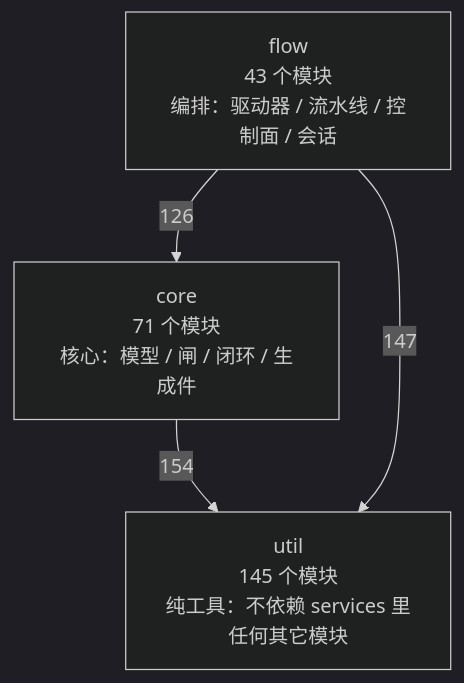
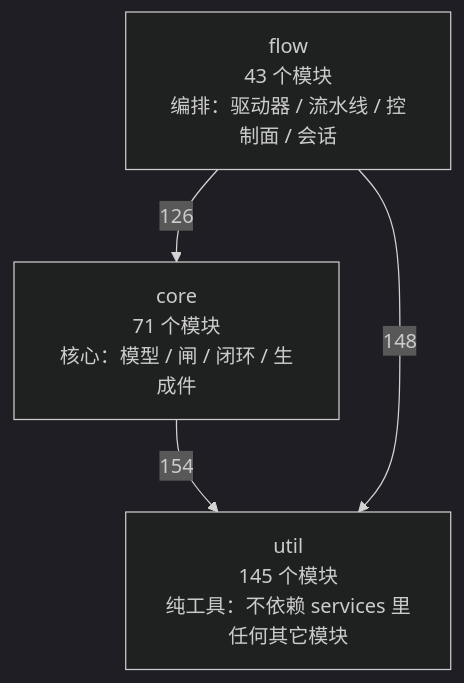
The first of 4 diagrams in docs/SlideRule V6.2 架构图（自动生成）.md (2686521696/WhyBuddy), drawn with Mermaid (dark theme) before and after one commit. The commit also changed other lines of this file and 6 other files, not shown here.

````diff
--- a/docs/SlideRule V6.2 架构图（自动生成）.md
+++ b/docs/SlideRule V6.2 架构图（自动生成）.md
@@ -50,9 +50,9 @@
 ```mermaid
 flowchart TB
   util["util<br/>145 个模块<br/>纯工具：不依赖 services 里任何其它模块"]
   core["core<br/>71 个模块<br/>核心：模型 / 闸 / 闭环 / 生成件"]
   flow["flow<br/>43 个模块<br/>编排：驱动器 / 流水线 / 控制面 / 会话"]
   core -->|154| util
   flow -->|126| core
-  flow -->|147| util
+  flow -->|148| util
 ```
````
